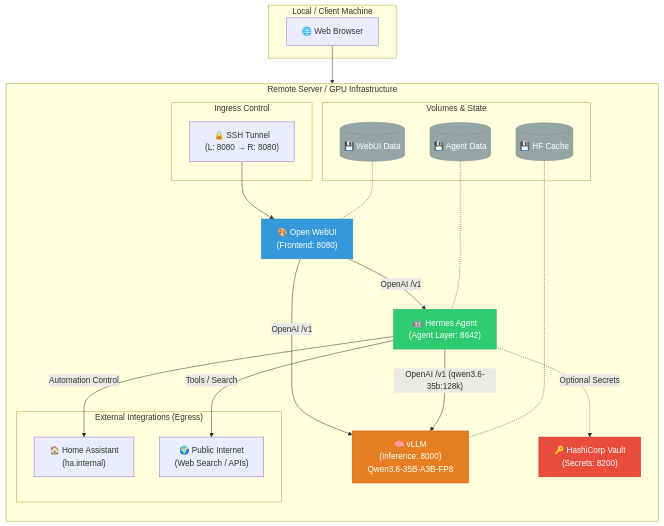
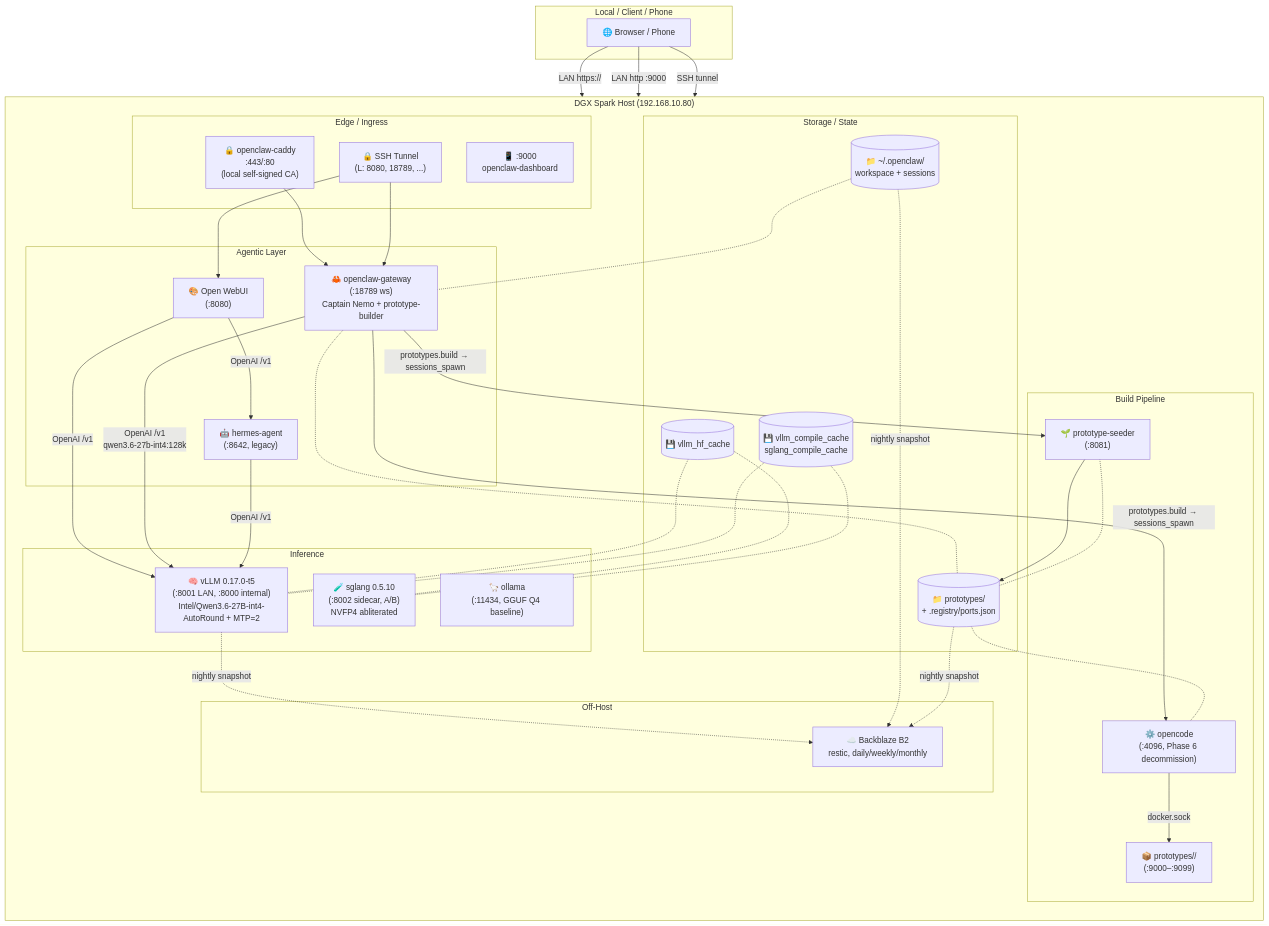
One commit to bryantharpe/dgx-ollama-hermes-config changed the diagram in README.md. Above: the diagram before and after it, drawn with Mermaid. The commit also changed other lines of this file and 2 other files, not shown here.

First line of the commit message:
docs: refresh README + DEPLOYMENT for current vLLM stack; drop dead C4

````diff
--- a/README.md
+++ b/README.md
@@ -9,68 +7,76 @@
 ```mermaid
 graph TD
-    subgraph "Local / Client Machine"
-        Browser["🌐 Web Browser"]
+    subgraph "Local / Client / Phone"
+        Browser["🌐 Browser / Phone"]
     end
 
-    subgraph "Remote Server / GPU Infrastructure"
+    subgraph "DGX Spark Host (192.168.10.80)"
         direction TB
 
-        %% Ingress Point
-        subgraph "Ingress Control"
-            SSH["🔒 SSH Tunnel<br/>(L: 8080 → R: 8080)"]
+        subgraph "Edge / Ingress"
+            Caddy["🔒 openclaw-caddy<br/>:443/:80<br/>(local self-signed CA)"]
+            SSH["🔒 SSH Tunnel<br/>(L: 8080, 18789, ...)"]
+            DashPort["📱 :9000<br/>openclaw-dashboard"]
         end
 
-        %% Application Stack
-        WebUI["🎨 Open WebUI<br/>(Frontend: 8080)"]
-        Hermes["🤖 Hermes Agent<br/>(Agent Layer: 8642)"]
-        VLLM["🧠 vLLM<br/>(Inference: 8000)<br/>Qwen3.6-35B-A3B-FP8"]
-        Vault["🔑 HashiCorp Vault<br/>(Secrets: 8200)"]
-
-        %% Persistent Storage
-        subgraph "Volumes & State"
-            HFCache[("💾 HF Cache")]
-            HermesData[("💾 Agent Data")]
-            WebUIData[("💾 WebUI Data")]
+        subgraph "Agentic Layer"
+            OpenClaw["🦀 openclaw-gateway<br/>(:18789 ws)<br/>Captain Nemo + prototype-builder"]
+            Hermes["🤖 hermes-agent<br/>(:8642, legacy)"]
+            WebUI["🎨 Open WebUI<br/>(:8080)"]
         end
 
-        %% External Egress
-        subgraph "External Integrations (Egress)"
-            HASS["🏠 Home Assistant<br/>(ha.internal)"]
-            Internet["🌍 Public Internet<br/>(Web Search / APIs)"]
+        subgraph "Inference"
+            VLLM["🧠 vLLM 0.17.0-t5<br/>(:8001 LAN, :8000 internal)<br/>Intel/Qwen3.6-27B-int4-AutoRound + MTP=2"]
+            SGL["🧪 sglang 0.5.10<br/>(:8002 sidecar, A/B)<br/>NVFP4 abliterated"]
+            Ollama["🦙 ollama<br/>(:11434, GGUF Q4 baseline)"]
         end
 
-        %% Relationships & Network Flow
-        Browser --> SSH
-        SSH --> WebUI
+        subgraph "Build Pipeline"
+            Seeder["🌱 prototype-seeder<br/>(:8081)"]
+            Opencode["⚙️ opencode<br/>(:4096, Phase 6 decommission)"]
+            Protos["📦 prototypes/<slug>/<br/>(:9000–:9099)"]
+        end
 
-        %% Frontend connections
-        WebUI -- "OpenAI /v1" --> Hermes
-        WebUI -- "OpenAI /v1" --> VLLM
+        subgraph "Storage / State"
+            HFCache[("💾 vllm_hf_cache")]
+            Compile[("💾 vllm_compile_cache<br/>sglang_compile_cache")]
+            ProtoFS[("📁 prototypes/<br/>+ .registry/ports.json")]
+            ClawState[("📁 ~/.openclaw/<br/>workspace + sessions")]
+        end
 
-        %% Agent logic flow
-        Hermes -- "OpenAI /v1 (qwen3.6-35b:128k)" --> VLLM
-        Hermes -- "Automation Control" --> HASS
-        Hermes -- "Tools / Search" --> Internet
-
-        %% Data persistence
-        HFCache -.- VLLM
-        HermesData -.- Hermes
-        WebUIData -.- WebUI
-
-        %% Secrets Management
-        Hermes -. "Optional Secrets" .-> Vault
+        subgraph "Off-Host"
+            B2["☁️ Backblaze B2<br/>restic, daily/weekly/monthly"]
+        end
     end
 
-    %% Styles
-    classDef frontend fill:#3498db,stroke:#2980b9,color:#fff;
-    classDef agent fill:#2ecc71,stroke:#27ae60,color:#fff;
-    classDef backend fill:#e67e22,stroke:#d35400,color:#fff;
-    classDef storage fill:#95a5a6,stroke:#7f8c8d,color:#fff;
-    classDef security fill:#e74c3c,stroke:#c0392b,color:#fff;
+    Browser -->|LAN https://| Caddy
+    Browser -->|LAN http :9000| DashPort
+    Browser -->|SSH tunnel| SSH
 
-    class WebUI frontend;
-    class Hermes agent;
-    class VLLM backend;
-    class HFCache,HermesData,WebUIData storage;
-    class Vault security;
+    Caddy --> OpenClaw
+    SSH --> WebUI
+    SSH --> OpenClaw
+
+    WebUI -->|OpenAI /v1| Hermes
+    WebUI -->|OpenAI /v1| VLLM
+
+    OpenClaw -->|OpenAI /v1<br/>qwen3.6-27b-int4:128k| VLLM
+    Hermes -->|OpenAI /v1| VLLM
+    OpenClaw -->|prototypes.build → sessions_spawn| Seeder
+    OpenClaw -->|prototypes.build → sessions_spawn| Opencode
+    Seeder --> ProtoFS
+    Opencode -->|docker.sock| Protos
+
+    HFCache -.- VLLM
+    HFCache -.- SGL
+    Compile -.- VLLM
+    Compile -.- SGL
+    ProtoFS -.- OpenClaw
+    ProtoFS -.- Seeder
+    ProtoFS -.- Opencode
+    ClawState -.- OpenClaw
+
+    VLLM -.->|nightly snapshot| B2
+    ClawState -.->|nightly snapshot| B2
+    ProtoFS -.->|nightly snapshot| B2
 ```
````
